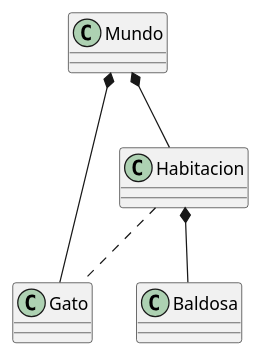
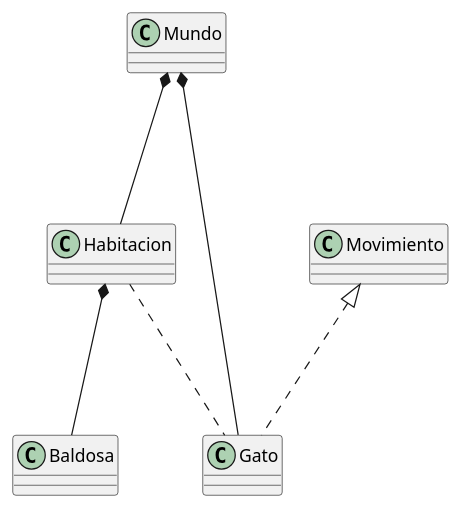
One commit to mmasias/theWorld changed the diagram in modelosUML/000.puml. Above: the diagram before and after it, drawn with PlantUML. The commit also changed 9 other files, not shown here.

```diff
--- a/modelosUML/000.puml
+++ b/modelosUML/000.puml
@@ -1,4 +1,11 @@
-Mundo *-- Habitacion
-Mundo *-- Gato
-Habitacion *-- Baldosa 
-Habitacion .. Gato
+@startuml ev1
+
+Mundo *--- Habitacion
+Mundo *--- Gato
+Habitacion *--- Baldosa 
+Habitacion ... Gato
+
+Movimiento <|... Gato
+
+
+@enduml
```
